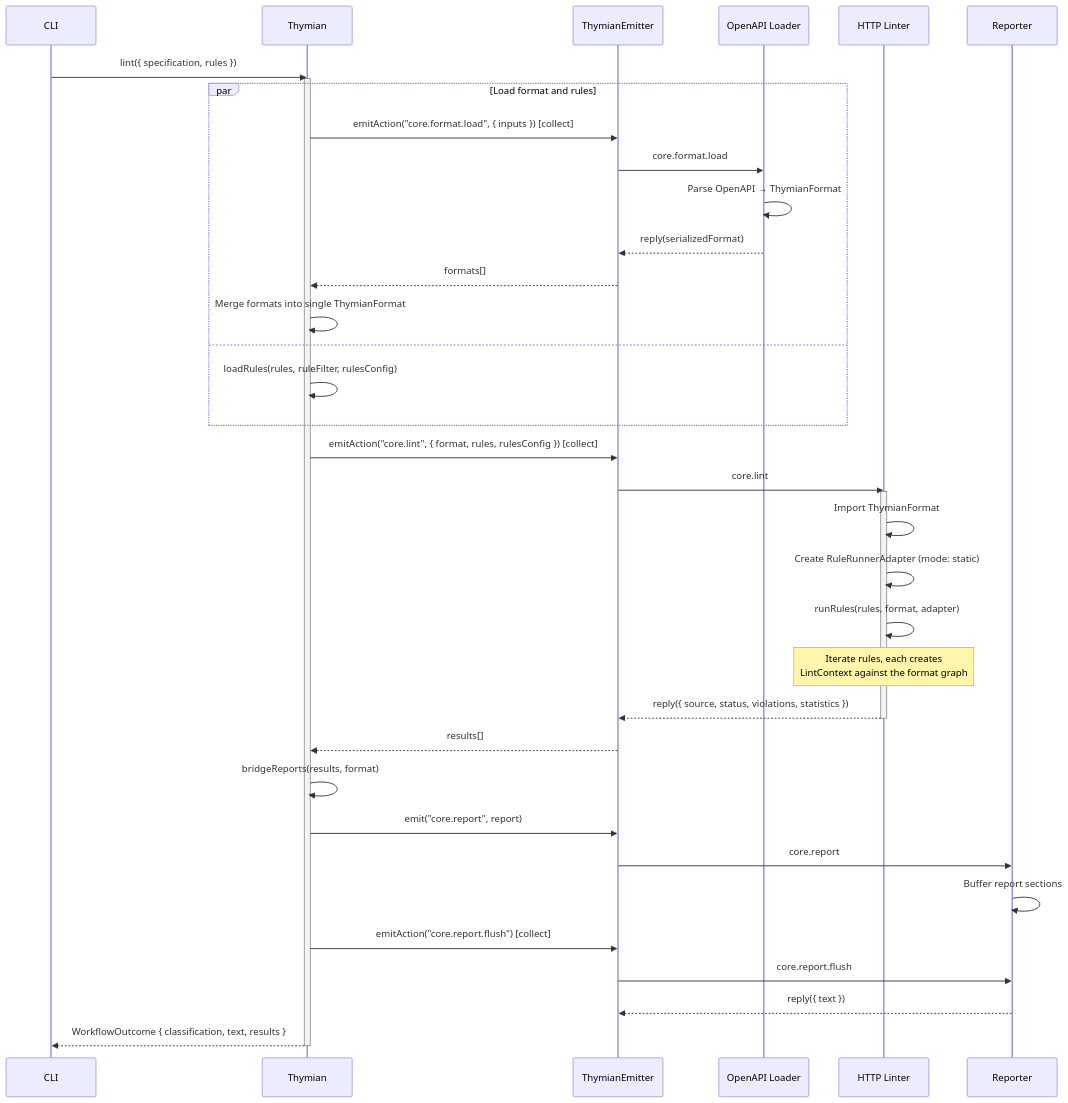
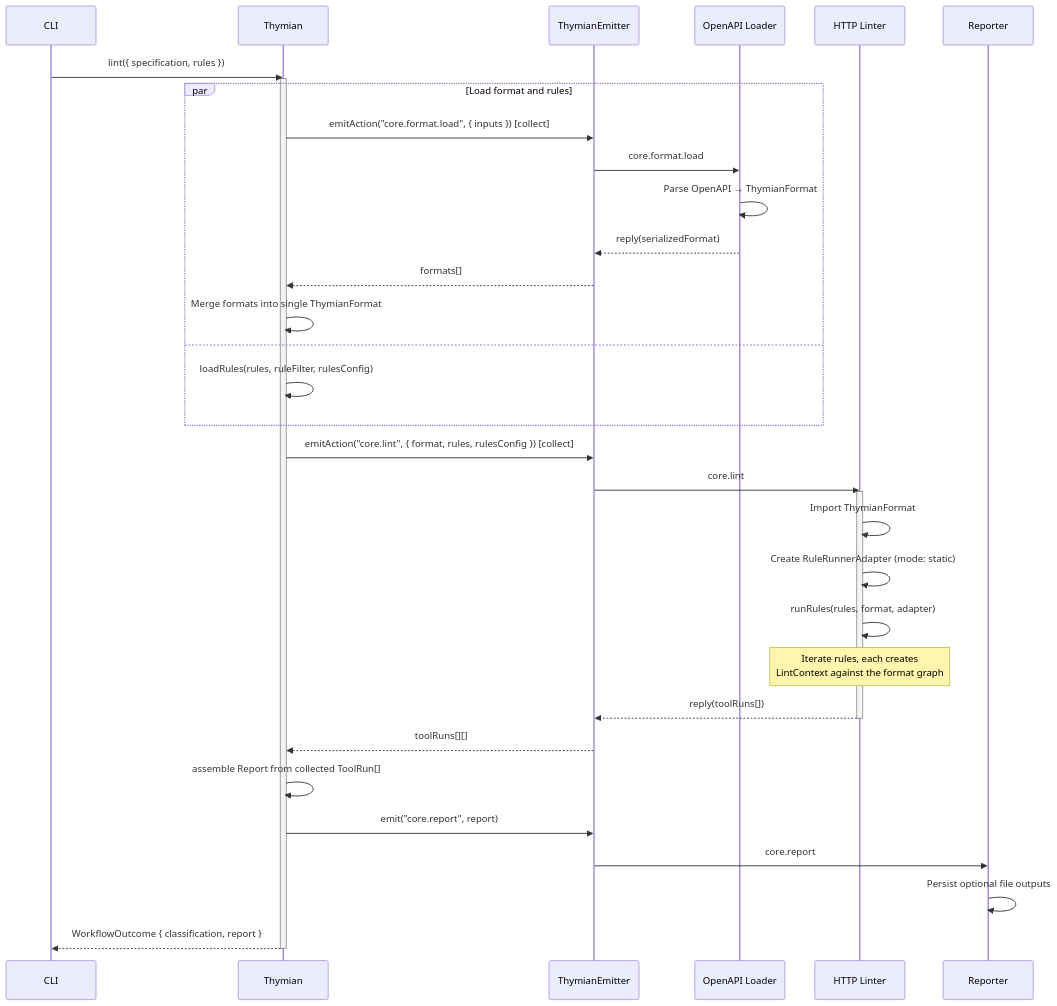
The second of 4 diagrams in docs/arc42/06-runtime-view.md (thymianofficial/thymian), drawn with Mermaid before and after one commit. The commit also changed other lines of this file and 126 other files, not shown here.

First line of the commit message:
feat: edit core for reporting of violations and findings

````diff
--- a/docs/arc42/06-runtime-view.md
+++ b/docs/arc42/06-runtime-view.md
@@ -58,49 +58,45 @@
 ```mermaid
 sequenceDiagram
   participant CLI as CLI
   participant T as Thymian
   participant E as ThymianEmitter
   participant OA as OpenAPI Loader
   participant HL as HTTP Linter
   participant R as Reporter
 
   CLI->>T: lint({ specification, rules })
   activate T
 
   par Load format and rules
     T->>E: emitAction("core.format.load", { inputs }) [collect]
     E->>OA: core.format.load
     OA->>OA: Parse OpenAPI → ThymianFormat
     OA-->>E: reply(serializedFormat)
     E-->>T: formats[]
     T->>T: Merge formats into single ThymianFormat
   and
     T->>T: loadRules(rules, ruleFilter, rulesConfig)
   end
 
   T->>E: emitAction("core.lint", { format, rules, rulesConfig }) [collect]
   E->>HL: core.lint
   activate HL
 
   HL->>HL: Import ThymianFormat
   HL->>HL: Create RuleRunnerAdapter (mode: static)
   HL->>HL: runRules(rules, format, adapter)
   Note over HL: Iterate rules, each creates<br>LintContext against the format graph
 
-  HL-->>E: reply({ source, status, violations, statistics })
+  HL-->>E: reply(toolRuns[])
   deactivate HL
 
-  E-->>T: results[]
+  E-->>T: toolRuns[][]
 
-  T->>T: bridgeReports(results, format)
+  T->>T: assemble Report from collected ToolRun[]
   T->>E: emit("core.report", report)
   E->>R: core.report
-  R->>R: Buffer report sections
+  R->>R: Persist optional file outputs
 
-  T->>E: emitAction("core.report.flush") [collect]
-  E->>R: core.report.flush
-  R-->>E: reply({ text })
-
-  T-->>CLI: WorkflowOutcome { classification, text, results }
+  T-->>CLI: WorkflowOutcome { classification, report }
   deactivate T
 ```
````
